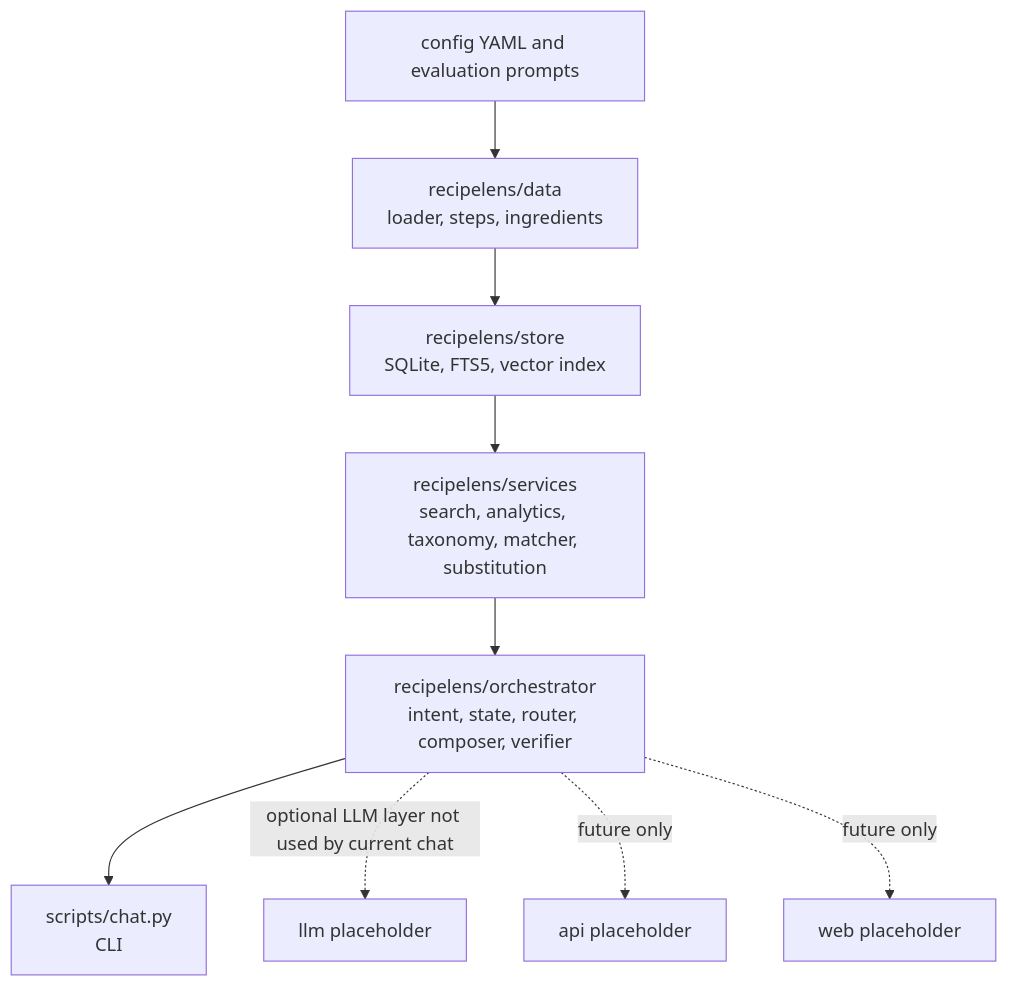
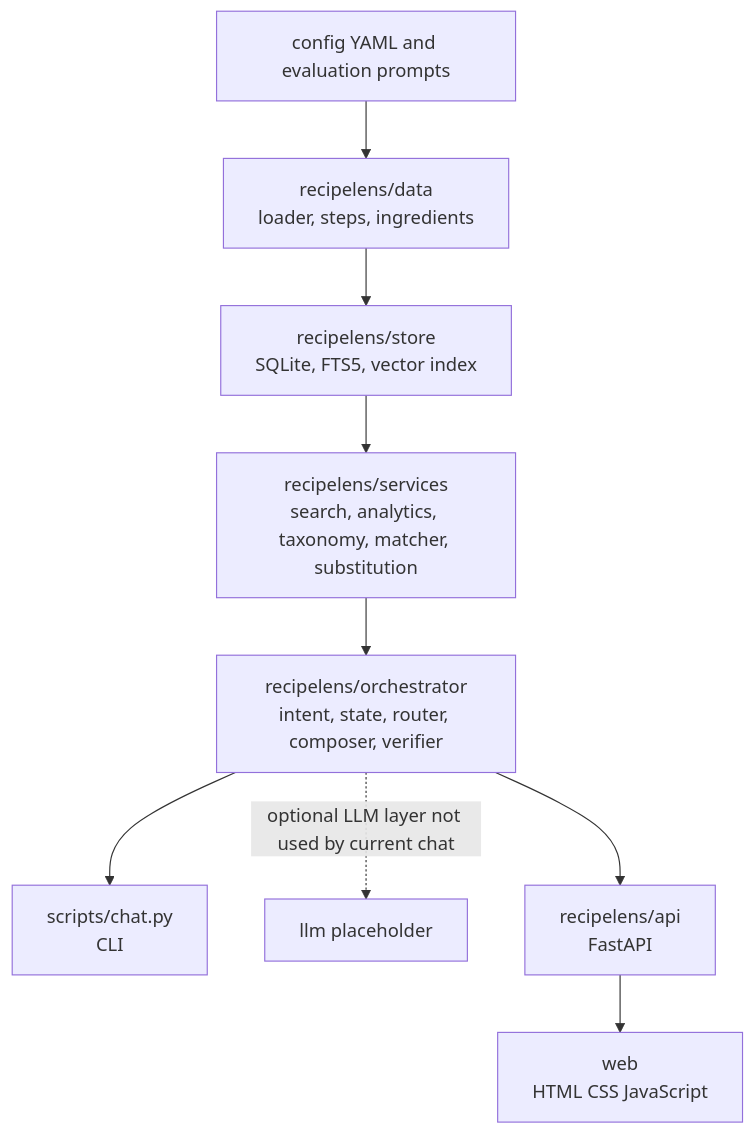
The diagram in README.md (varshini2304/recipe-ai-agent), drawn with Mermaid before and after one commit. The commit also changed other lines of this file and 15 other files, not shown here.

Commit message:
feat: add web UI and API

````diff
--- a/README.md
+++ b/README.md
@@ -78,11 +89,11 @@
 ```mermaid
 flowchart TD
     C[config YAML and evaluation prompts] --> D[recipelens/data<br/>loader, steps, ingredients]
     D --> S[recipelens/store<br/>SQLite, FTS5, vector index]
     S --> V[recipelens/services<br/>search, analytics, taxonomy, matcher, substitution]
     V --> O[recipelens/orchestrator<br/>intent, state, router, composer, verifier]
     O --> CLI[scripts/chat.py<br/>CLI]
     O -. optional LLM layer not used by current chat .-> LLM[llm placeholder]
-    O -. future only .-> API[api placeholder]
-    O -. future only .-> WEB[web placeholder]
+    O --> API[recipelens/api<br/>FastAPI]
+    API --> WEB[web<br/>HTML CSS JavaScript]
 ```
````
